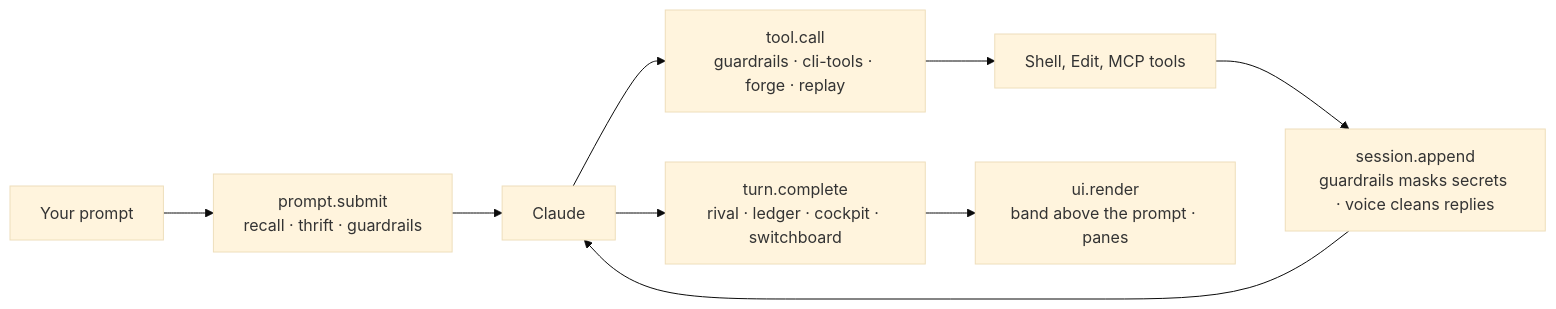
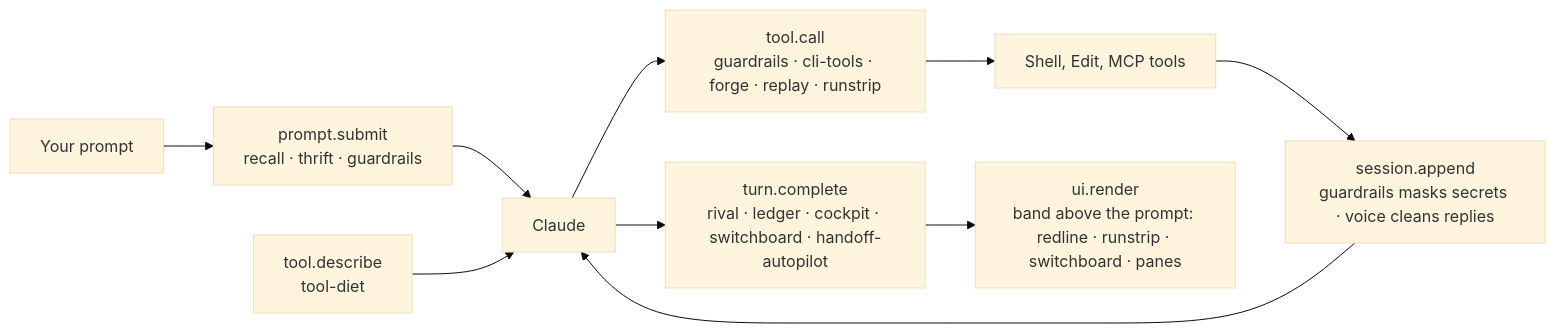
One commit to Egoushka/claude-mods changed the diagram in README.md. Above: the diagram before and after it, drawn with Mermaid (base theme). The commit also changed other lines of this file, not shown here.

Commit message:
README: sixteen mods, diagram and Numbers table match the repo (AIS-186) (#20)

````diff
--- a/README.md
+++ b/README.md
@@ -16,11 +16,12 @@
 ```mermaid
 flowchart LR
   you[Your prompt] --> ps[prompt.submit<br/>recall · thrift · guardrails]
   ps --> model[Claude]
-  model --> tc[tool.call<br/>guardrails · cli-tools · forge · replay]
+  td[tool.describe<br/>tool-diet] --> model
+  model --> tc[tool.call<br/>guardrails · cli-tools · forge · replay · runstrip]
   tc --> tool[Shell, Edit, MCP tools]
   tool --> sa[session.append<br/>guardrails masks secrets · voice cleans replies]
   sa --> model
-  model --> tcomp[turn.complete<br/>rival · ledger · cockpit · switchboard]
-  tcomp --> ui[ui.render<br/>band above the prompt · panes]
+  model --> tcomp[turn.complete<br/>rival · ledger · cockpit · switchboard · handoff-autopilot]
+  tcomp --> ui[ui.render<br/>band above the prompt: redline · runstrip · switchboard · panes]
 ```
````
